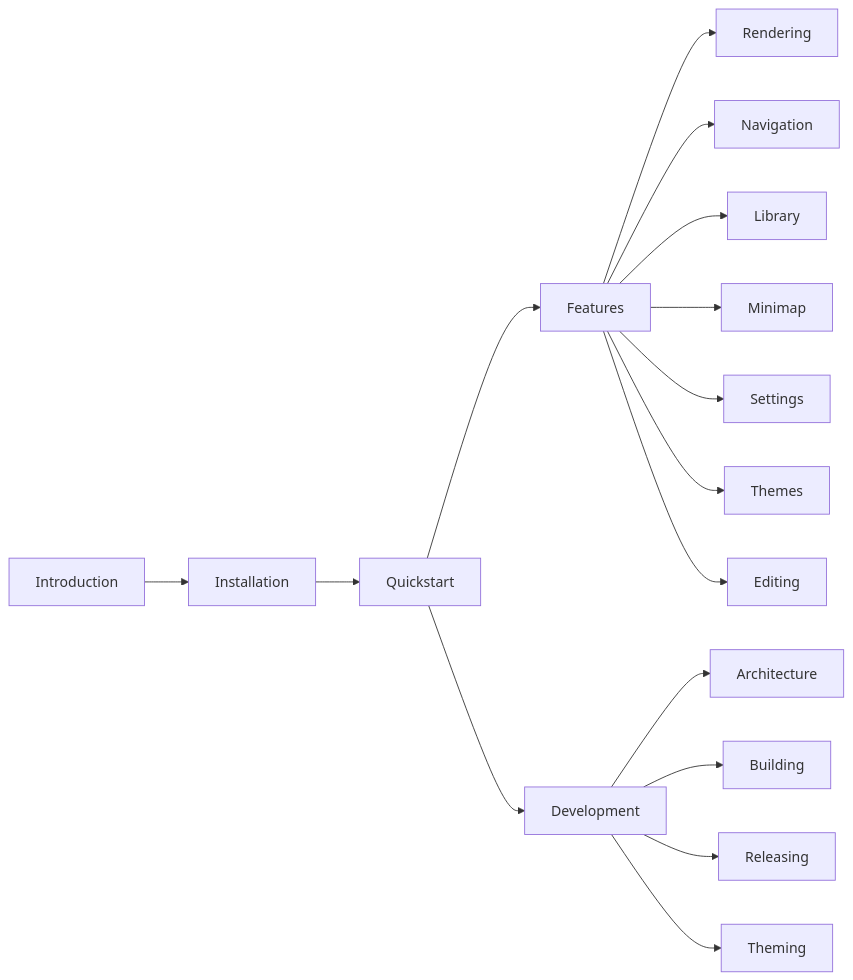
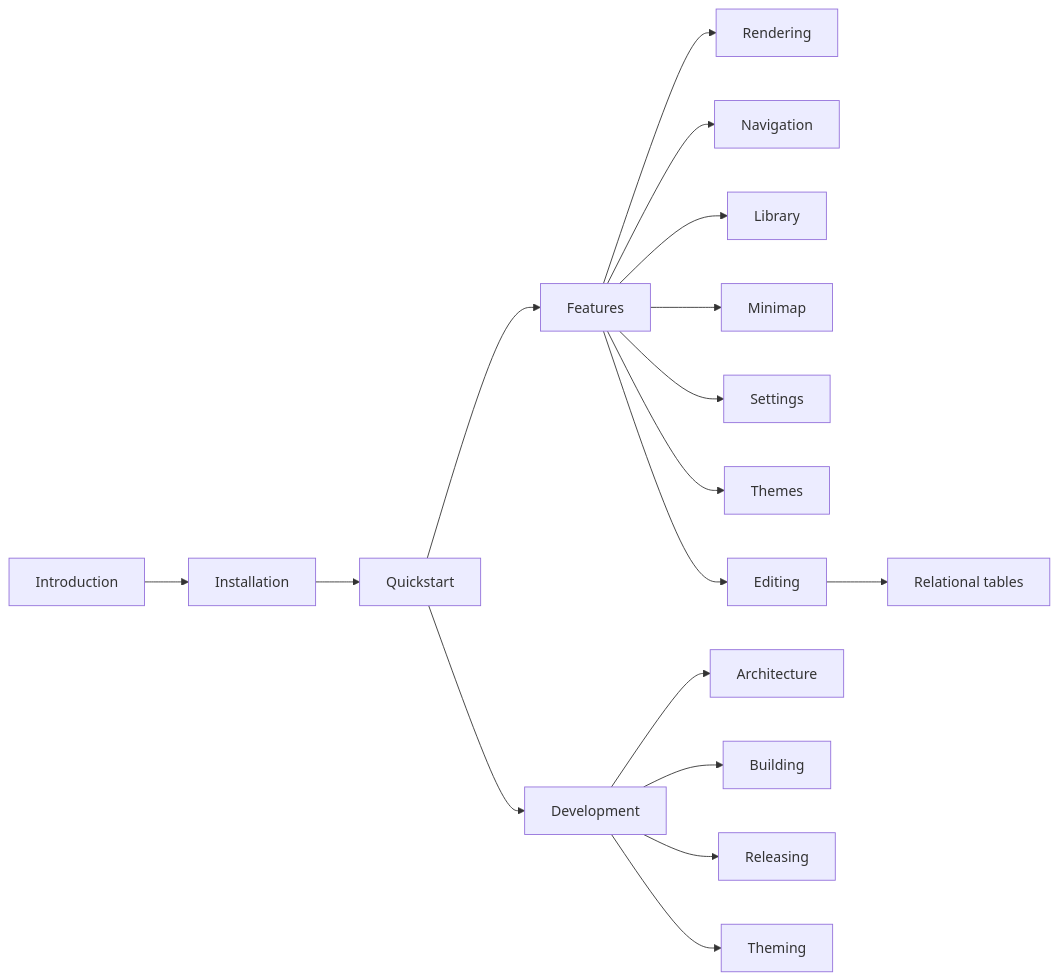
The diagram in docs/README.md (ryanallen/leaftext), drawn with Mermaid before and after one commit. The commit also changed other lines of this file and 19 other files, not shown here.

````diff
--- a/docs/README.md
+++ b/docs/README.md
@@ -9,18 +9,19 @@
 ```mermaid
 flowchart LR
     A[Introduction] --> B[Installation]
     B --> C[Quickstart]
     C --> D[Features]
     D --> E[Rendering]
     D --> F[Navigation]
     D --> G[Library]
     D --> H[Minimap]
     D --> I[Settings]
     D --> J[Themes]
     D --> K[Editing]
+    K --> Q[Relational tables]
     C --> L[Development]
     L --> M[Architecture]
     L --> N[Building]
     L --> O[Releasing]
     L --> P[Theming]
 ```
````
